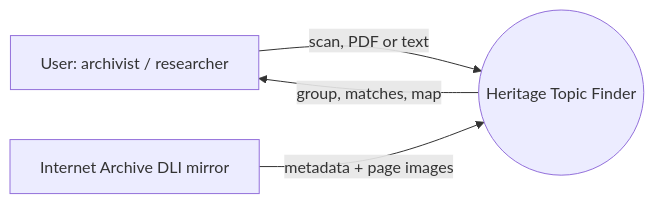
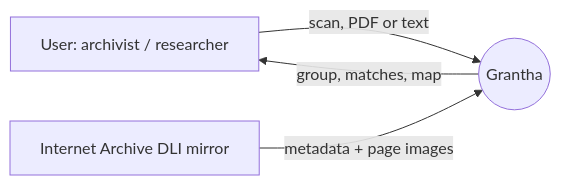
The first of 2 diagrams in PLAN.md (rohannes64/Grantha-Heritage-Tracker), drawn with Mermaid before and after one commit. The commit also changed other lines of this file and 16 other files, not shown here.

````diff
--- a/PLAN.md
+++ b/PLAN.md
@@ -154,6 +154,6 @@
 ```mermaid
 flowchart LR
-  U[User: archivist / researcher] -- scan, PDF or text --> S((Heritage Topic Finder))
+  U[User: archivist / researcher] -- scan, PDF or text --> S((Grantha))
   S -- group, matches, map --> U
   IA[Internet Archive DLI mirror] -- metadata + page images --> S
 ```
````
